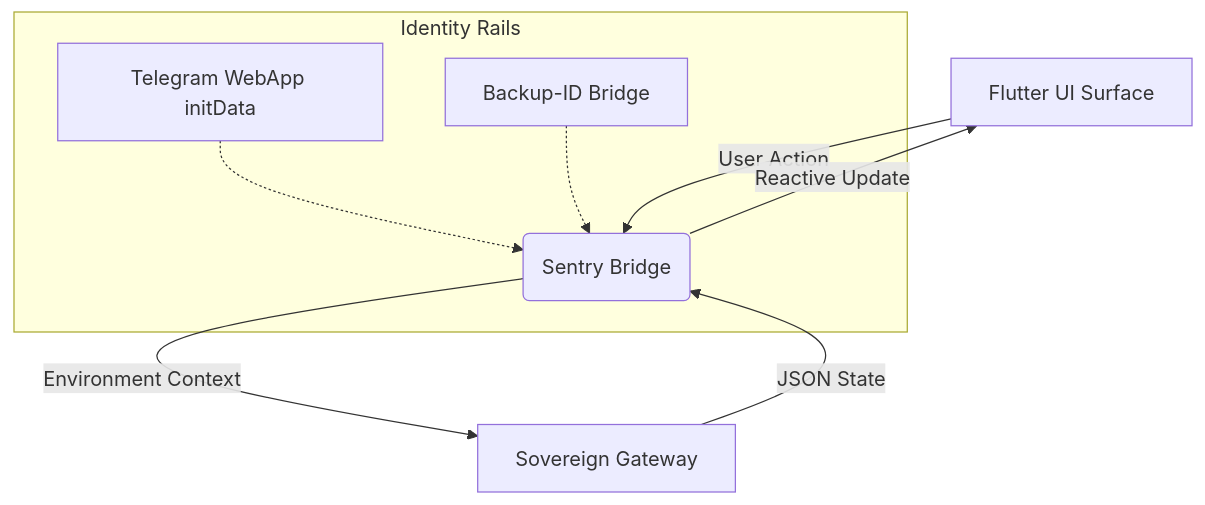
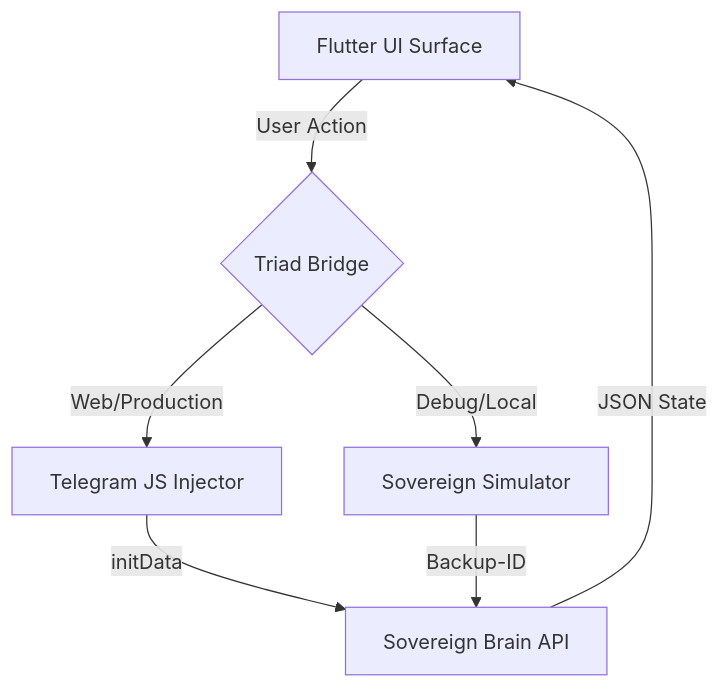
One commit to arhantbarmate/nexus-core changed the diagram in client/README.md. Above: the diagram before and after it, drawn with Mermaid. The commit also changed other lines of this file and 225 other files, not shown here.

````diff
--- a/client/README.md
+++ b/client/README.md
@@ -11,11 +33,9 @@
 ```mermaid
 graph TD
-    A[Flutter UI Surface] -->|User Action| B(Sentry Bridge)
-    B -->|Environment Context| C[Sovereign Gateway]
-    C -->|JSON State| B
-    B -->|Reactive Update| A
-    subgraph Identity Rails
-    D[Telegram WebApp initData] -.-> B
-    E[Backup-ID Bridge] -.-> B
-    end
+    A[Flutter UI Surface] -->|User Action| B{Triad Bridge}
+    B -- Web/Production --> C[Telegram JS Injector]
+    B -- Debug/Local --> D[Sovereign Simulator]
+    C -->|initData| E[Sovereign Brain API]
+    D -->|Backup-ID| E
+    E -->|JSON State| A
 ```
````
